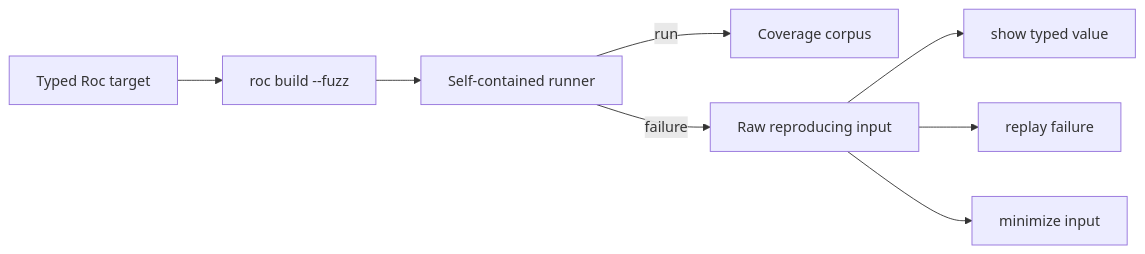
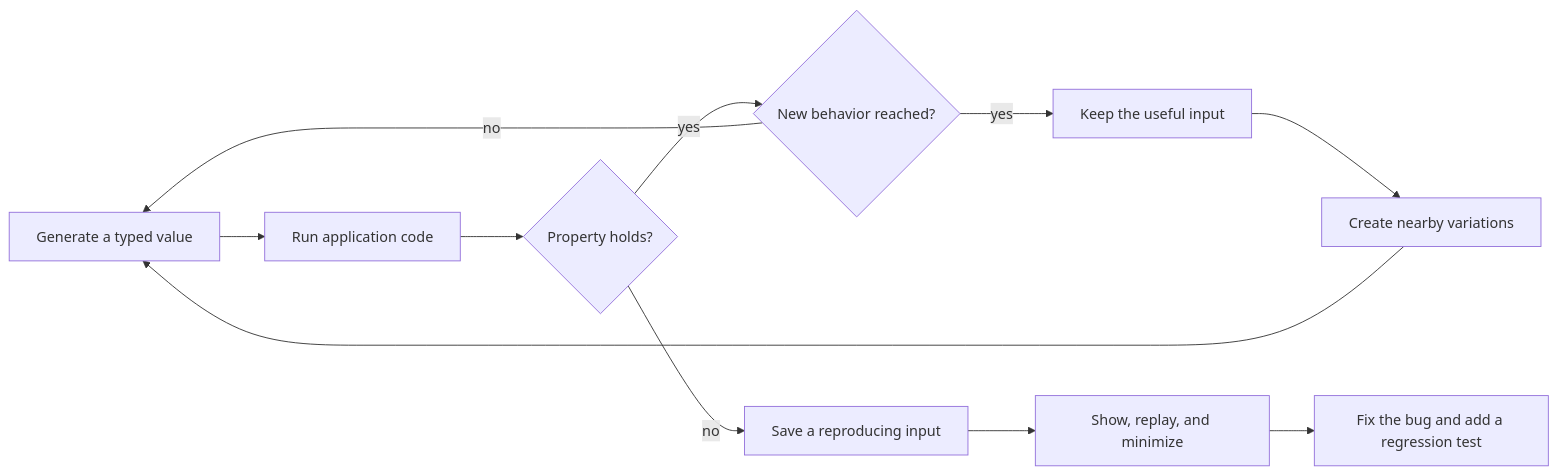
Before and after one commit to lukewilliamboswell/roc-fuzz: the second of 2 diagrams in docs/overview.adoc, drawn with Mermaid. The commit also changed other lines of this file and 12 other files, not shown here.

Commit message:
Rewrite manual for Roc application authors

```diff
--- a/docs/overview.adoc
+++ b/docs/overview.adoc
@@ -22,11 +90,14 @@
 [mermaid]
 ....
 flowchart LR
-    Target[Typed Roc target] --> Build[roc build --fuzz]
-    Build --> Runner[Self-contained runner]
-    Runner -->|run| Corpus[Coverage corpus]
-    Runner -->|failure| Artifact[Raw reproducing input]
-    Artifact --> Show[show typed value]
-    Artifact --> Replay[replay failure]
-    Artifact --> Minimize[minimize input]
+    Generate[Generate a typed value] --> Run[Run application code]
+    Run --> Check{Property holds?}
+    Check -->|yes| Observe{New behavior reached?}
+    Observe -->|yes| Corpus[Keep the useful input]
+    Observe -->|no| Generate
+    Corpus --> Vary[Create nearby variations]
+    Vary --> Generate
+    Check -->|no| Save[Save a reproducing input]
+    Save --> Inspect[Show, replay, and minimize]
+    Inspect --> Regression[Fix the bug and add a regression test]
 ....
```
